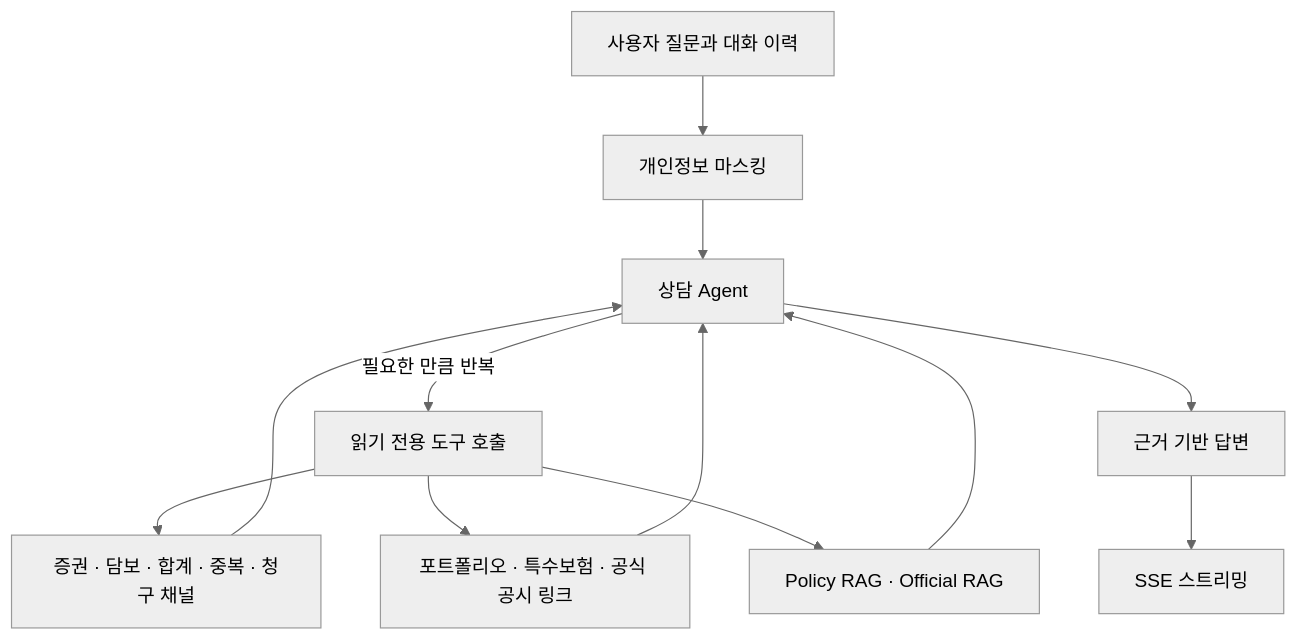
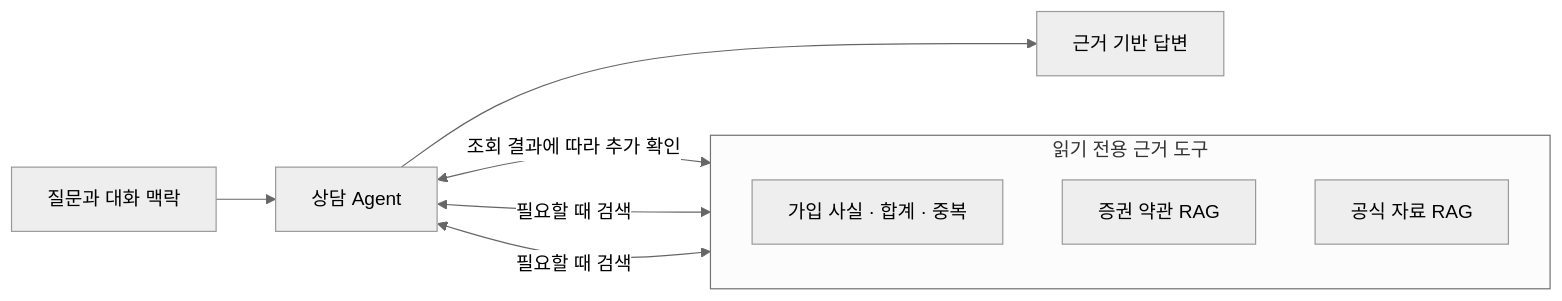
The second of 2 diagrams in README.md (seojuny95/coverly), drawn with Mermaid (neutral theme) before and after one commit. The commit also changed other lines of this file and 11 other files, not shown here.

````diff
--- a/README.md
+++ b/README.md
@@ -59,14 +86,16 @@
 ```mermaid
-flowchart TD
-    A["사용자 질문과 대화 이력"] --> B["개인정보 마스킹"]
-    B --> C["상담 Agent"]
-    C -->|"필요한 만큼 반복"| D["읽기 전용 도구 호출"]
-    D --> E["증권 · 담보 · 합계 · 중복 · 청구 채널"]
-    D --> F["포트폴리오 · 특수보험 · 공식 공시 링크"]
-    D --> G["Policy RAG · Official RAG"]
-    E --> C
-    F --> C
-    G --> C
-    C --> H["근거 기반 답변"]
-    H --> I["SSE 스트리밍"]
+flowchart LR
+    Q["질문과 대화 맥락"] --> A["상담 Agent"]
+
+    subgraph TOOLS["읽기 전용 근거 도구"]
+        direction TB
+        F["가입 사실 · 합계 · 중복"]
+        P["증권 약관 RAG"]
+        O["공식 자료 RAG"]
+    end
+
+    A <-->|"조회 결과에 따라 추가 확인"| F
+    A <-->|"필요할 때 검색"| P
+    A <-->|"필요할 때 검색"| O
+    A --> R["근거 기반 답변"]
 ```
````
